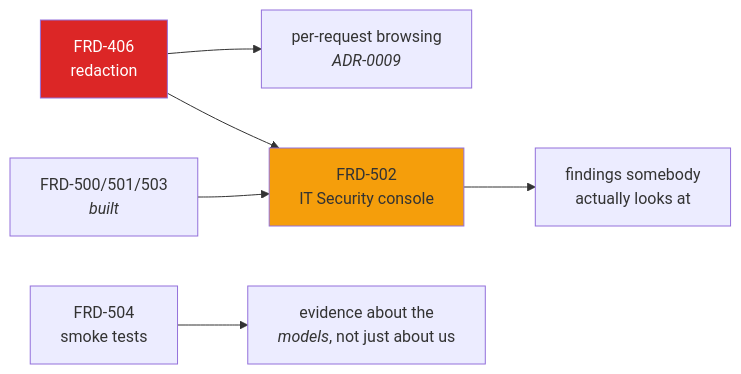
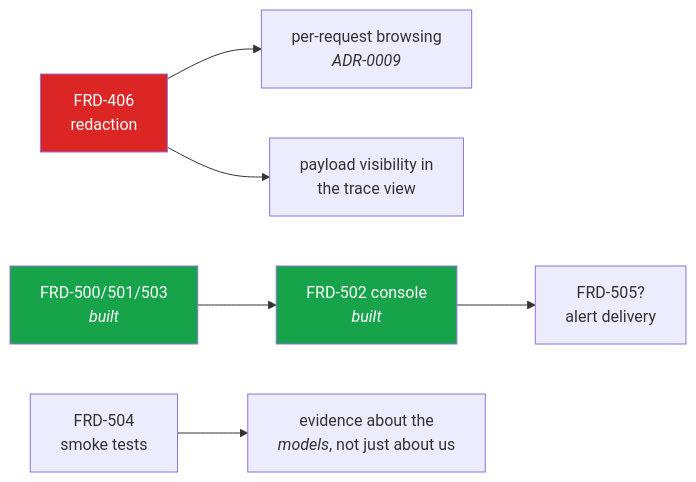
One commit to InigoImago/AIRA-Gateway changed the diagram in docs/GAP-ANALYSIS.md. Above: the diagram before and after it, drawn with Mermaid. The commit also changed other lines of this file and 34 other files, not shown here.

First line of the commit message:
feat(security): the console IT Security was missing, and what each request did

````diff
--- a/docs/GAP-ANALYSIS.md
+++ b/docs/GAP-ANALYSIS.md
@@ -201,11 +207,12 @@
 ```mermaid
 graph LR
     r["FRD-406<br/>redaction"] --> browse["per-request browsing<br/><i>ADR-0009</i>"]
-    r --> console["FRD-502<br/>IT Security console"]
-    detect["FRD-500/501/503<br/><i>built</i>"] --> console
-    console --> useful["findings somebody<br/>actually looks at"]
+    r --> payload["payload visibility in<br/>the trace view"]
+    detect["FRD-500/501/503<br/><i>built</i>"] --> console["FRD-502 console<br/><i>built</i>"]
+    console --> deliver["FRD-505?<br/>alert delivery"]
     smoke["FRD-504<br/>smoke tests"] --> evidence["evidence about the<br/><i>models</i>, not just about us"]
 
     style r fill:#dc2626,color:#fff
-    style console fill:#f59e0b
+    style console fill:#16a34a,color:#fff
+    style detect fill:#16a34a,color:#fff
 ```
````
